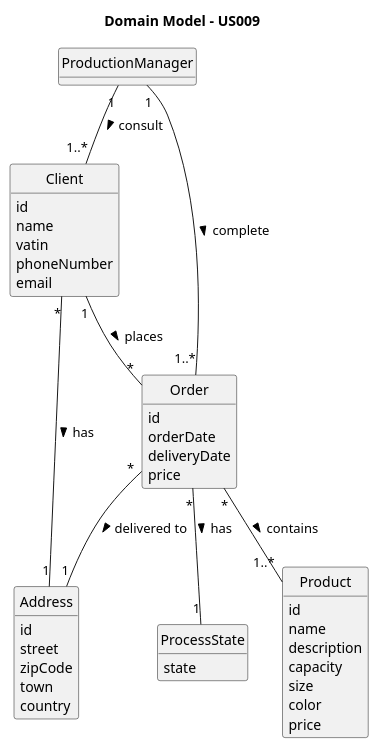
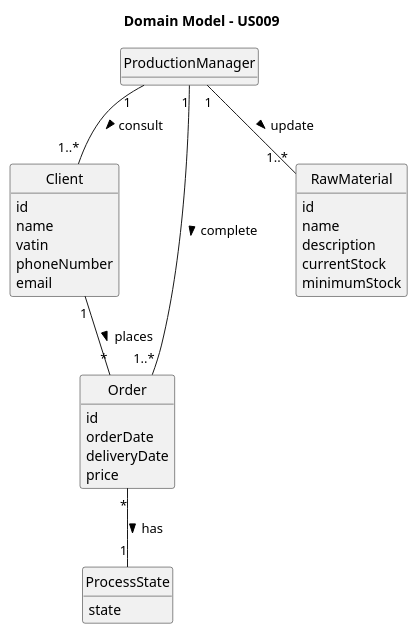
Before and after one commit to daniel41silva05/Production_Control_Industrial_ISEP: the diagram in documentation/user-stories/us009/02.analysis/puml/us009-domain-model.puml, drawn with PlantUML. The commit also changed 11 other files, not shown here.

```diff
--- a/documentation/user-stories/us009/02.analysis/puml/us009-domain-model.puml
+++ b/documentation/user-stories/us009/02.analysis/puml/us009-domain-model.puml
@@ -1,62 +1,50 @@
 @startuml
 skinparam monochrome true
 skinparam packageStyle rectangle
 skinparam shadowing false
 
 skinparam classAttributeIconSize 0
 
 hide circle
 hide methods
 
 title Domain Model - US009
 
 class ProductionManager {
 }
 
 class Client {
     id
     name
     vatin
     phoneNumber
     email
 }
 
 class Order {
     id
     orderDate
     deliveryDate
     price
 }
 
-class Address {
-    id
-    street
-    zipCode
-    town
-    country
-}
-
 enum ProcessState {
     state
 }
 
-class Product {
+class RawMaterial {
     id
     name
     description
-    capacity
-    size
-    color
-    price
+    currentStock
+    minimumStock
 }
 
 
 ProductionManager "1" -- "1..*" Order : complete >
 ProductionManager "1" -- "1..*" Client : consult >
-Order "*" -- "1..*" Product : contains >
-Order "*" -- "1" Address : delivered to >
+ProductionManager "1" -- "1..*" RawMaterial : update >
 Order "*" -- "1" ProcessState : has >
-Client "*" -- "1" Address : has >
 Client "1" -- "*" Order : places >
 
 @enduml
```
